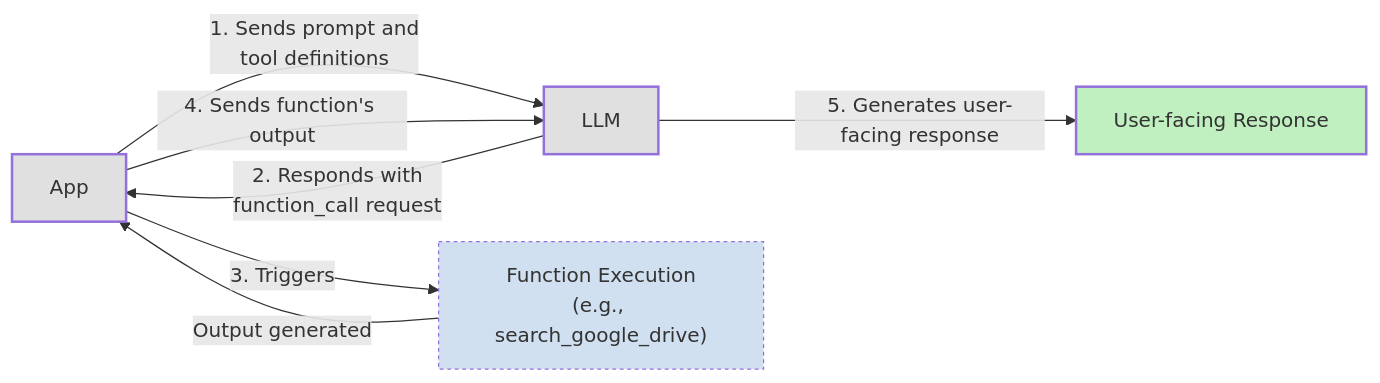
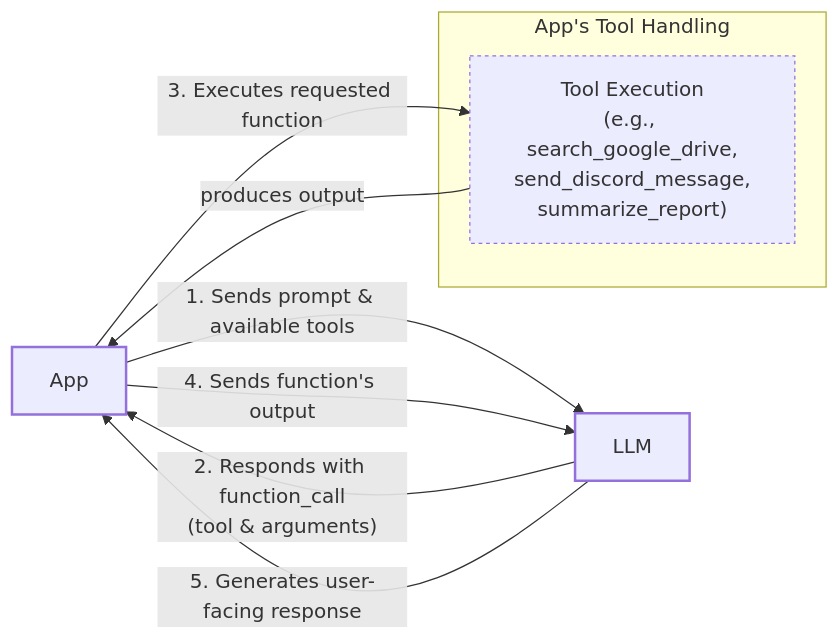
Before and after one commit to YMaXing/Research-Agent-reinforced-by-RL: the first of 3 diagrams in RL_researcher_writer_ymaxing/rl_training_data/noise_experiment/06_tools__var_standard__replicate2__preset5/article_000.md, drawn with Mermaid. The commit also changed other lines of this file and 4528 other files, not shown here.

````diff
--- a/RL_researcher_writer_ymaxing/rl_training_data/noise_experiment/06_tools__var_standard__replicate2__preset5/article_000.md
+++ b/RL_researcher_writer_ymaxing/rl_training_data/noise_experiment/06_tools__var_standard__replicate2__preset5/article_000.md
@@ -36,31 +35,25 @@
 ```mermaid
 flowchart LR
-  App["App"]
-  LLM["LLM"]
-  FunctionExecution["Function Execution<br/>(e.g., search_google_drive)"]
-  UserResponse["User-facing Response"]
+  %% Main Actors
+  A["App"]
+  L["LLM"]
 
-  %% Step 1: App sends prompt and tool definitions to LLM
-  App -- "1. Sends prompt and<br/>tool definitions" --> LLM
+  %% Flow Steps
+  A -- "1. Sends prompt & available tools" --> L
+  L -- "2. Responds with function_call<br/>(tool & arguments)" --> A
+  
+  subgraph "App's Tool Handling"
+    TE["Tool Execution<br/>(e.g., search_google_drive,<br/>send_discord_message,<br/>summarize_report)"]
+  end
 
-  %% Step 2: LLM responds with a function_call request to App
-  LLM -- "2. Responds with<br/>function_call request" --> App
-
-  %% Step 3: App executes the requested function
-  App -- "3. Triggers" --> FunctionExecution
-
-  %% Step 4: App sends the function's output back to the LLM
-  FunctionExecution -- "Output generated" --> App
-  App -- "4. Sends function's output" --> LLM
-
-  %% Step 5: LLM generates a user-facing response
-  LLM -- "5. Generates user-facing response" --> UserResponse
+  A -- "3. Executes requested function" --> TE
+  TE -- "produces output" --> A
+  A -- "4. Sends function's output" --> L
+  L -- "5. Generates user-facing response" --> A
 
   %% Visual grouping
-  classDef actor stroke-width:2px,fill:#e0e0e0
-  class App,LLM actor
-  class FunctionExecution process_step
-  classDef process_step fill:#d0e0f0,stroke-dasharray: 3 3
-  class UserResponse output_node
-  classDef output_node fill:#c0f0c0,stroke-width:2px
+  classDef actor stroke-width:2px
+  classDef tool_process stroke-dasharray:3,3
+  class A,L actor
+  class TE tool_process
 ```
````
